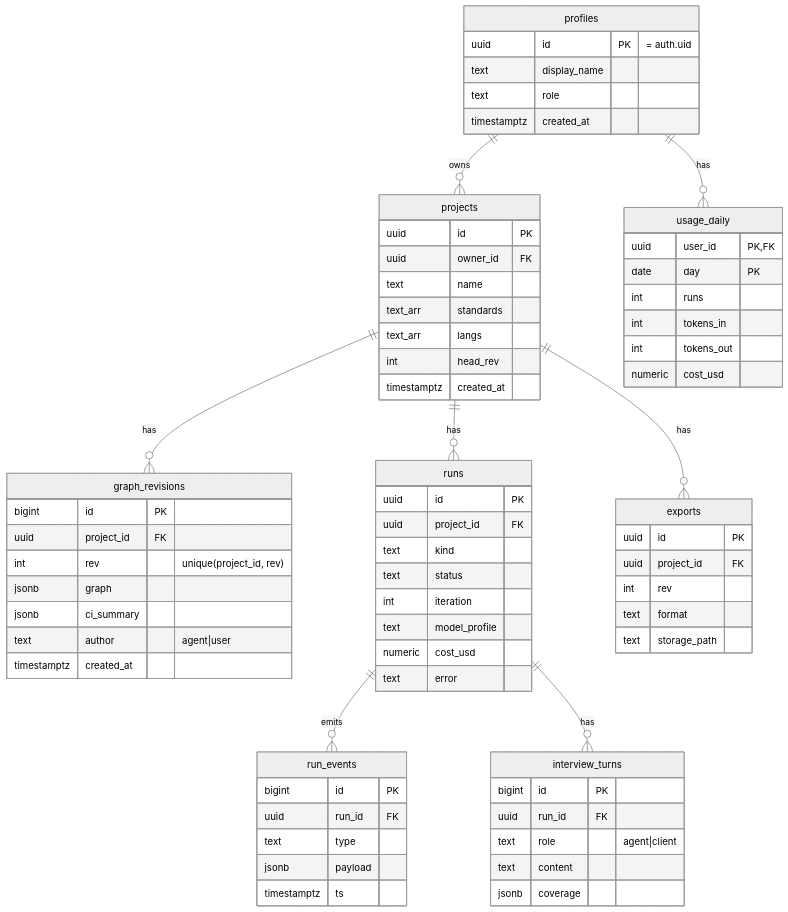
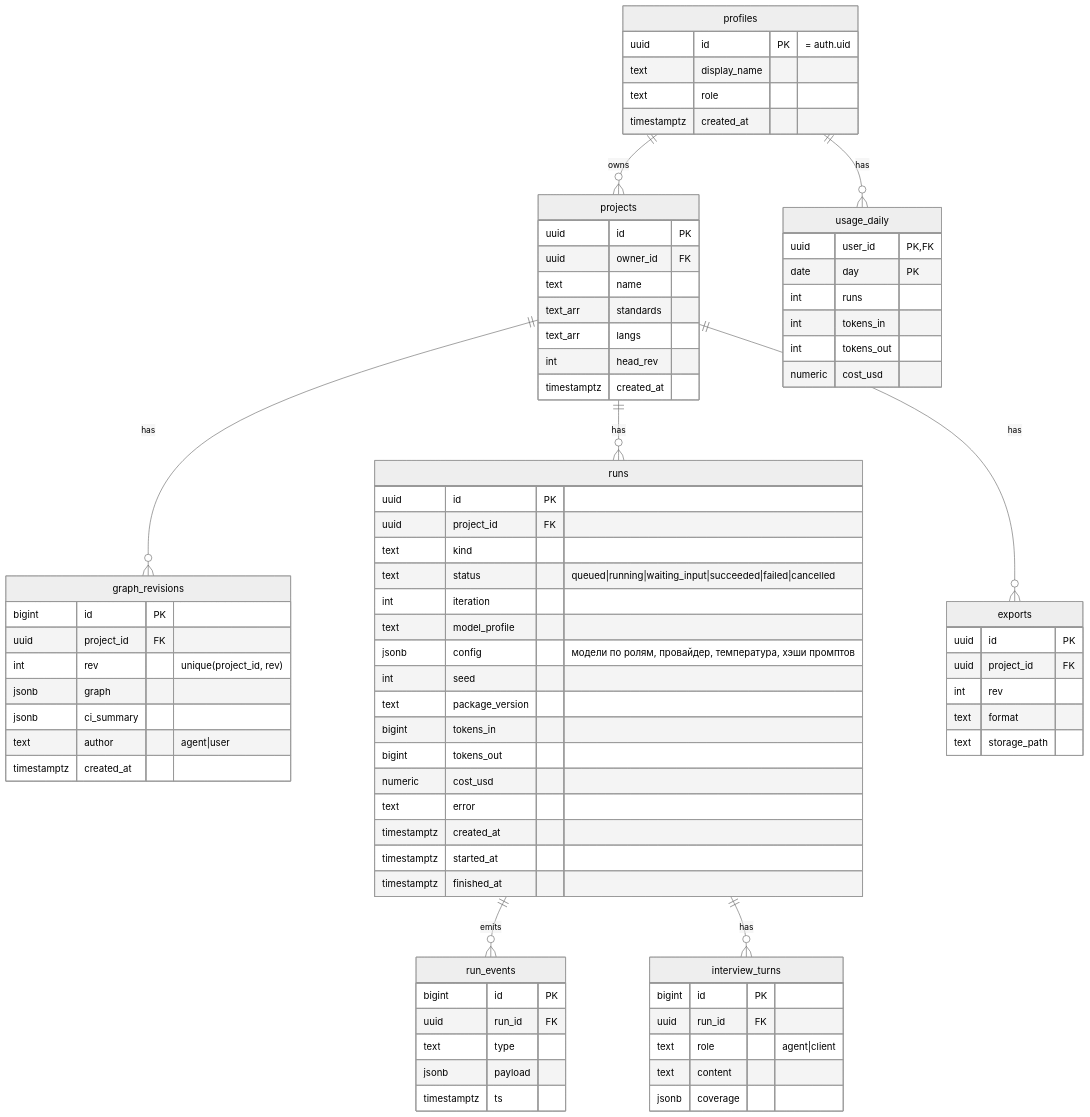
Before and after one commit to Axx-Axvd/reqgraph: the second of 2 diagrams in docs/tech-design/04_data.md, drawn with Mermaid (neutral theme). The commit also changed other lines of this file and 5 other files, not shown here.

````diff
--- a/docs/tech-design/04_data.md
+++ b/docs/tech-design/04_data.md
@@ -121,73 +121,81 @@
 ```mermaid
 erDiagram
   profiles ||--o{ projects : owns
   profiles ||--o{ usage_daily : has
   projects ||--o{ graph_revisions : has
   projects ||--o{ runs : has
   projects ||--o{ exports : has
   runs ||--o{ run_events : emits
   runs ||--o{ interview_turns : has
   profiles {
     uuid id PK "= auth.uid"
     text display_name
     text role
     timestamptz created_at
   }
   usage_daily {
     uuid user_id PK,FK
     date day PK
     int runs
     int tokens_in
     int tokens_out
     numeric cost_usd
   }
   projects {
     uuid id PK
     uuid owner_id FK
     text name
     text_arr standards
     text_arr langs
     int head_rev
     timestamptz created_at
   }
   graph_revisions {
     bigint id PK
     uuid project_id FK
     int rev "unique(project_id, rev)"
     jsonb graph
     jsonb ci_summary
     text author "agent|user"
     timestamptz created_at
   }
   exports {
     uuid id PK
     uuid project_id FK
     int rev
     text format
     text storage_path
   }
   runs {
     uuid id PK
     uuid project_id FK
     text kind
-    text status
+    text status "queued|running|waiting_input|succeeded|failed|cancelled"
     int iteration
     text model_profile
+    jsonb config "модели по ролям, провайдер, температура, хэши промптов"
+    int seed
+    text package_version
+    bigint tokens_in
+    bigint tokens_out
     numeric cost_usd
     text error
+    timestamptz created_at
+    timestamptz started_at
+    timestamptz finished_at
   }
   run_events {
     bigint id PK
     uuid run_id FK
     text type
     jsonb payload
     timestamptz ts
   }
   interview_turns {
     bigint id PK
     uuid run_id FK
     text role "agent|client"
     text content
     jsonb coverage
   }
 ```
````
